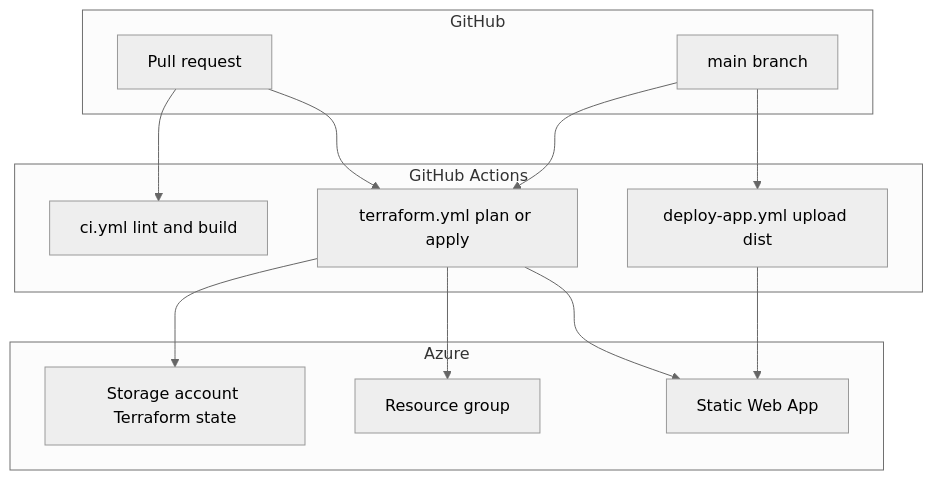
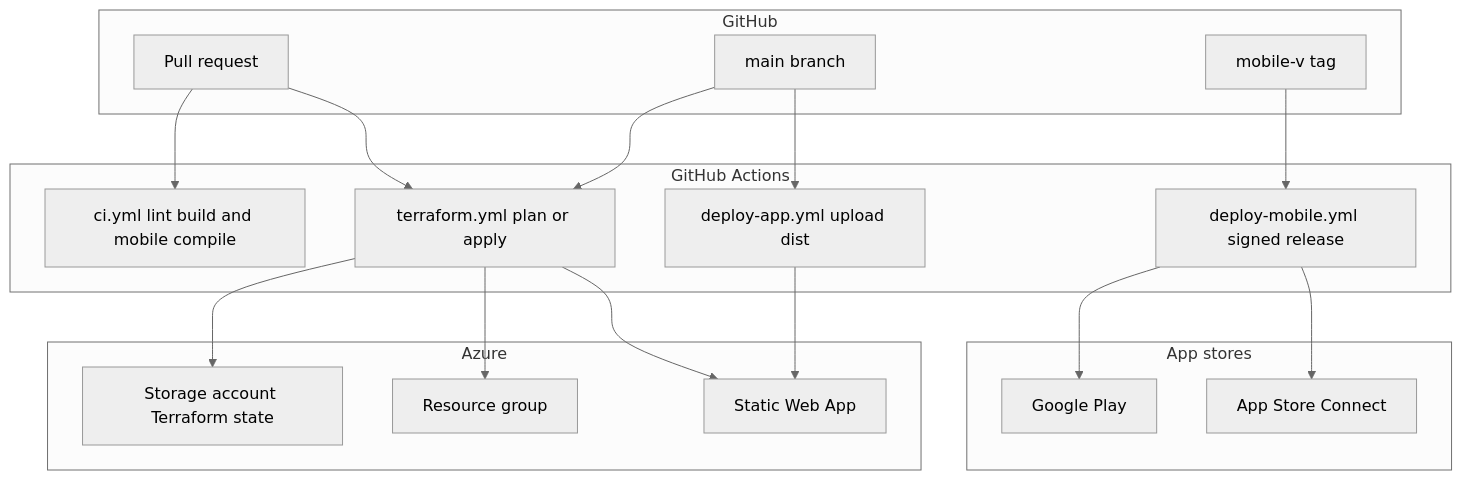
The diagram in docs/DEPLOYMENT.md (Jono120/aether-chat), drawn with Mermaid (neutral theme) before and after one commit. The commit also changed other lines of this file and 205 other files, not shown here.

First line of the commit message:
feat: enhance mobile app support and improve API configuration

````diff
--- a/docs/DEPLOYMENT.md
+++ b/docs/DEPLOYMENT.md
@@ -11,25 +11,34 @@
 ```mermaid
 flowchart TB
   subgraph github [GitHub]
     PR[Pull request]
     Main[main branch]
+    Tag[mobile-v tag]
   end
   subgraph gha [GitHub Actions]
-    CI[ci.yml lint and build]
+    CI[ci.yml lint build and mobile compile]
     TF[terraform.yml plan or apply]
     Deploy[deploy-app.yml upload dist]
+    Mobile[deploy-mobile.yml signed release]
   end
   subgraph azure [Azure]
     RG[Resource group]
     SWA[Static Web App]
     State[Storage account Terraform state]
   end
+  subgraph stores [App stores]
+    Play[Google Play]
+    ASC[App Store Connect]
+  end
   PR --> CI
   PR --> TF
   Main --> TF
   Main --> Deploy
+  Tag --> Mobile
   TF --> State
   TF --> RG
   TF --> SWA
   Deploy --> SWA
+  Mobile --> Play
+  Mobile --> ASC
 ```
````
